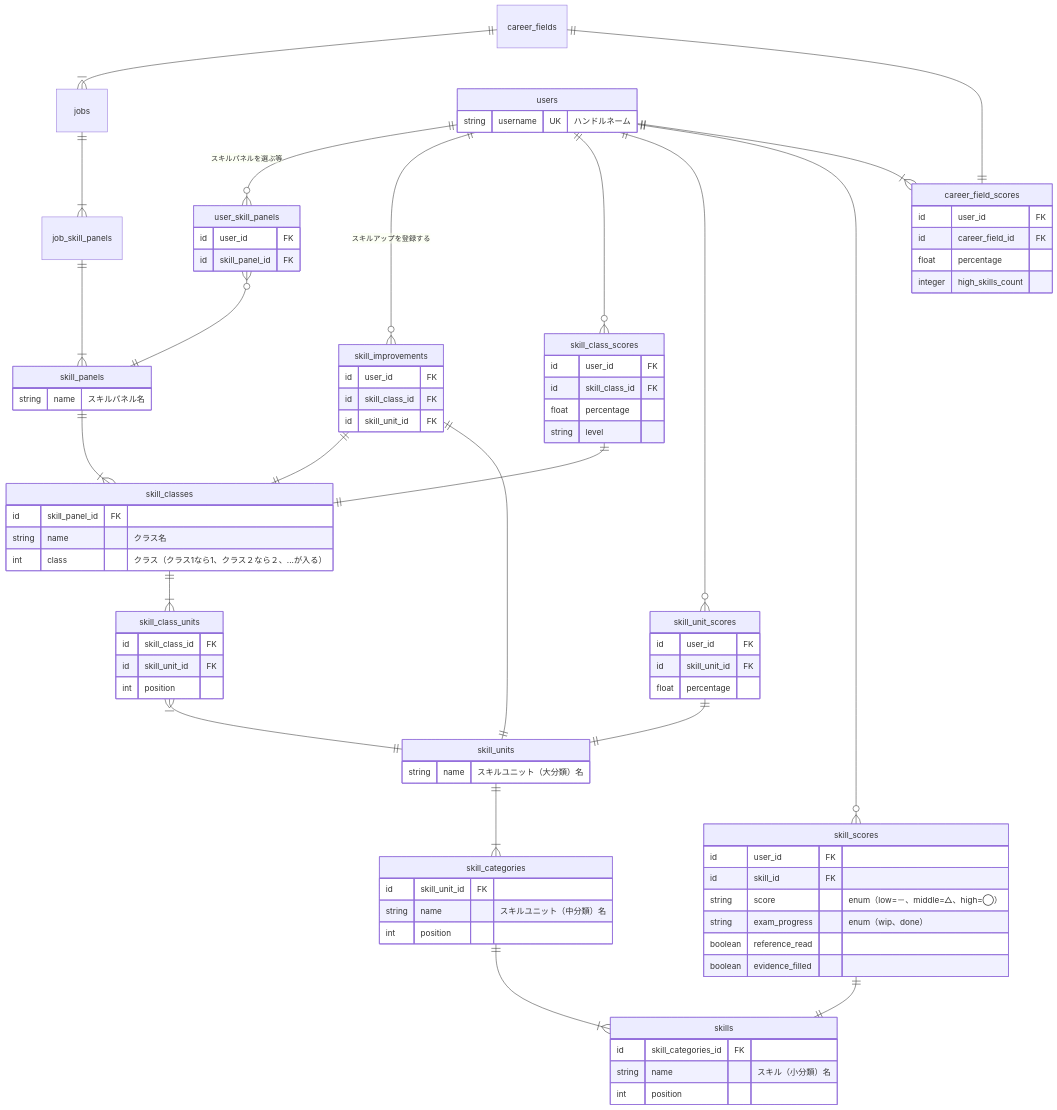
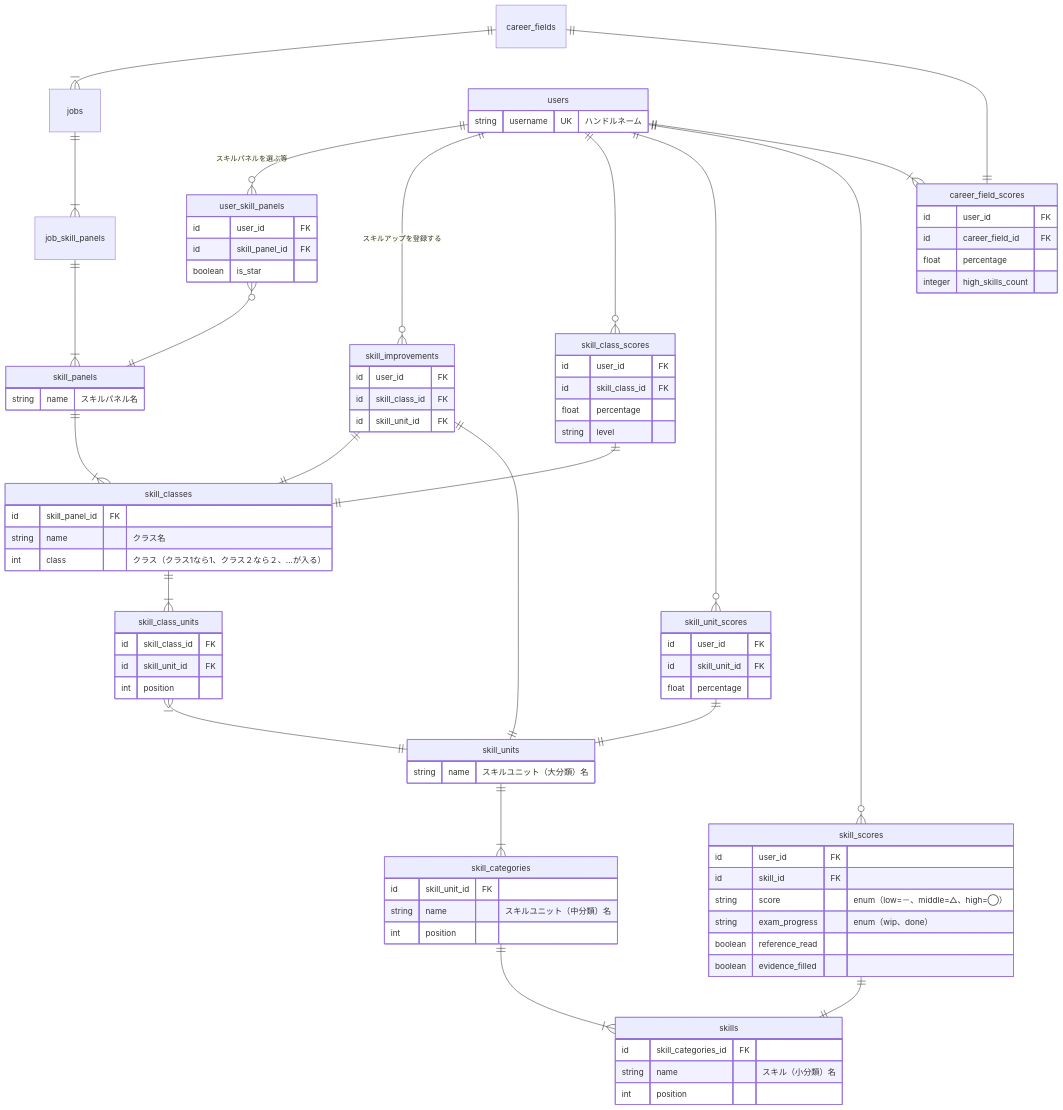
The second of 2 diagrams in docs/conceptual_schemas/skills.md (bright-org/bright), drawn with Mermaid before and after one commit. The commit also changed 1 other file, not shown here.

Commit message:
user_skill_panelsにis_starを追加

```diff
--- a/docs/conceptual_schemas/skills.md
+++ b/docs/conceptual_schemas/skills.md
@@ -122,6 +122,7 @@
   user_skill_panels {
     id user_id FK
     id skill_panel_id FK
+    boolean is_star
   }
 
   skill_improvements {
```
